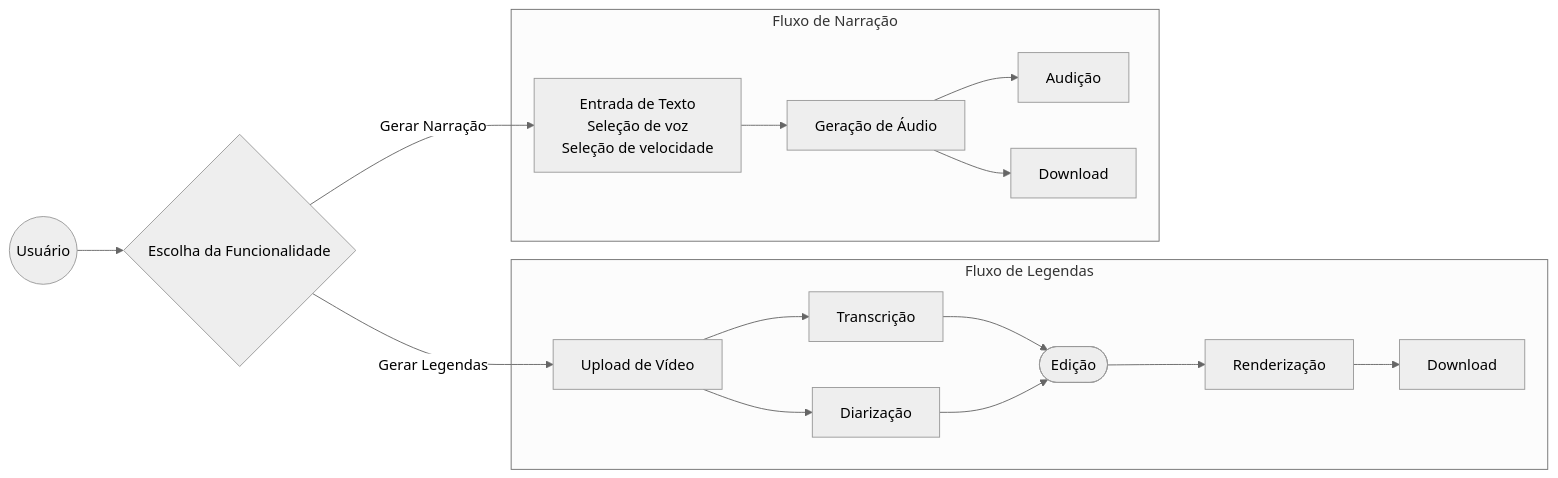
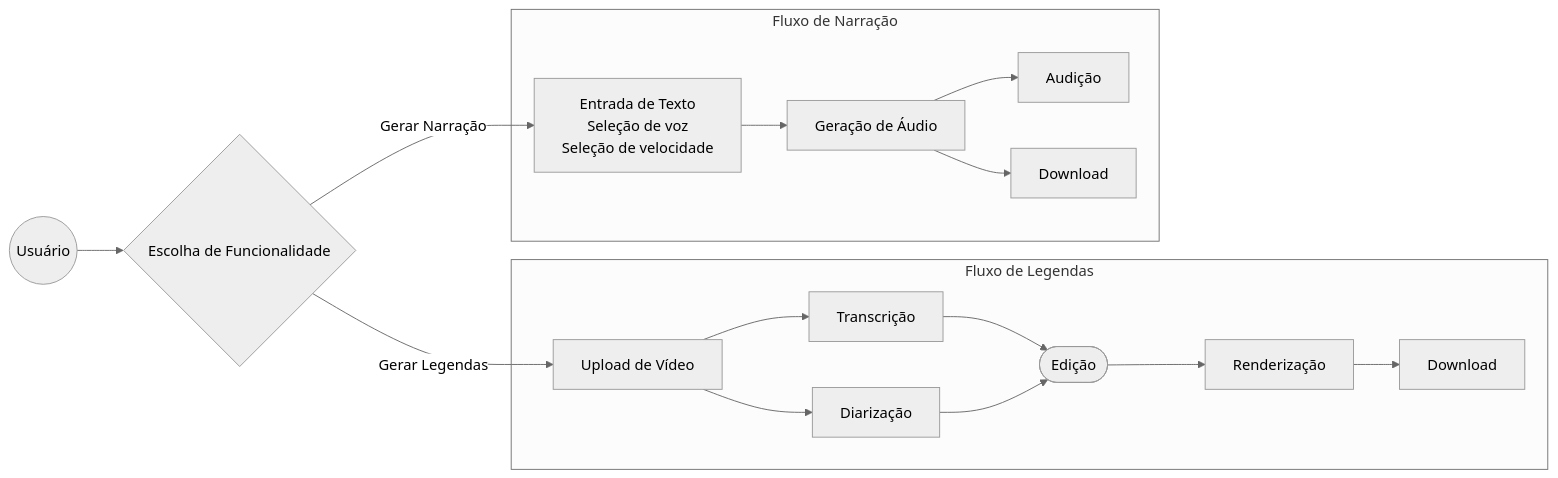
Before and after one commit to lucaschr21/multimidia: the diagram in README.md, drawn with Mermaid (neutral theme). The commit also changed other lines of this file, not shown here.

````diff
--- a/README.md
+++ b/README.md
@@ -43,20 +33,20 @@
 ```mermaid
 flowchart LR
-    A((Usuário)) --> B{Escolha da Funcionalidade} -- "Gerar Legendas" --> L1[Upload de Vídeo]
+    A((Usuário)) --> B{Escolha de Funcionalidade} -- "Gerar Legendas" --> L1[Upload de Vídeo]
     B -- "Gerar Narração" --> N1["`Entrada de Texto
     Seleção de voz
     Seleção de velocidade`"]
     subgraph "Fluxo de Legendas"
         L1 --> L2[Transcrição]
         L1 --> L3[Diarização]
         L2 & L3 --> L4([Edição])
         L4 --> L5[Renderização]
         L5 --> L6[Download]
     end
 
     subgraph "Fluxo de Narração"
         N1 --> N2[Geração de Áudio]
         N2 --> N3[Audição]
         N2 --> N4[Download]
     end
 ```
````
